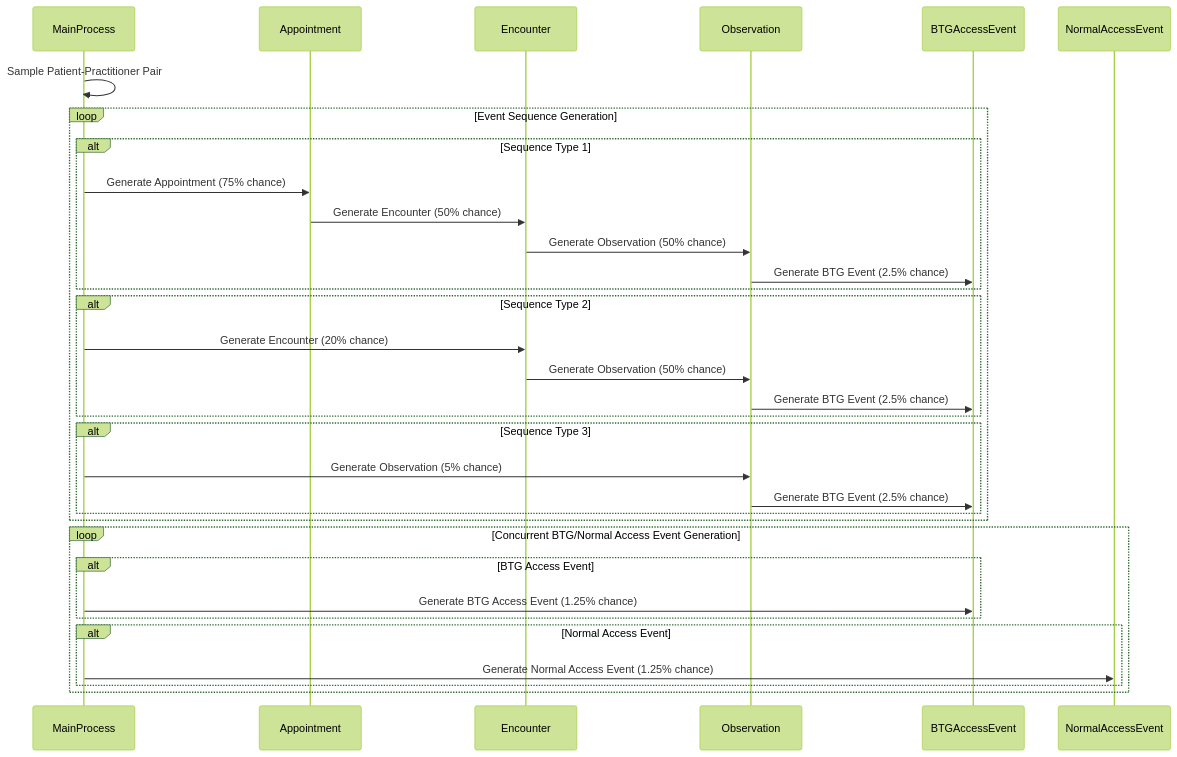
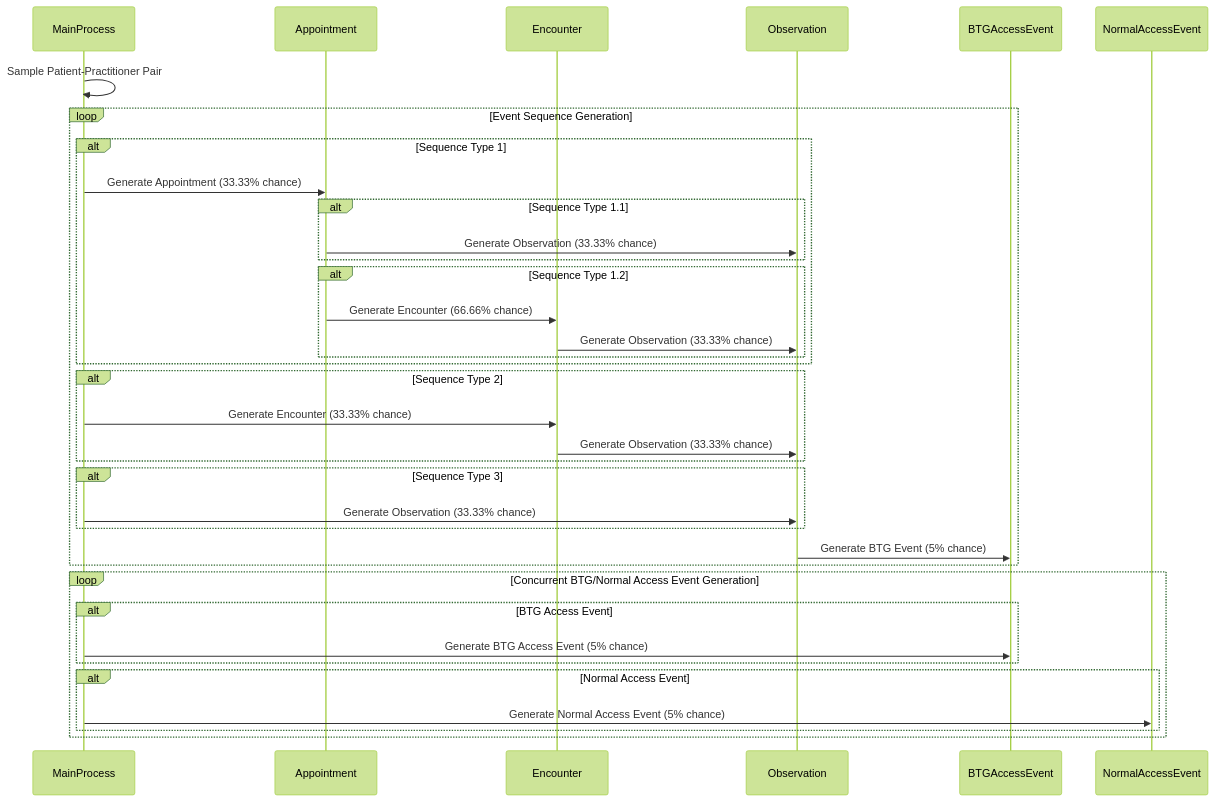
Before and after one commit to NicklasXYZ/hcs-synthetic-data-generator: the diagram in docs/sim.md, drawn with Mermaid (forest theme). The commit also changed other lines of this file and 17 other files, not shown here.

````diff
--- a/docs/sim.md
+++ b/docs/sim.md
@@ -69,41 +69,47 @@
 ```mermaid
 sequenceDiagram
     participant MainProcess
     participant Appointment
     participant Encounter
     participant Observation
     participant BTGAccessEvent
     participant NormalAccessEvent
 
     MainProcess->>MainProcess: Sample Patient-Practitioner Pair
 
     loop Event Sequence Generation
         alt Sequence Type 1
-            MainProcess->>Appointment: Generate Appointment (75% chance)
-            Appointment->>Encounter: Generate Encounter (50% chance)
-            Encounter->>Observation: Generate Observation (50% chance)
-            Observation->>BTGAccessEvent: Generate BTG Event (2.5% chance)
+            MainProcess->>Appointment: Generate Appointment (33.33% chance)
+            alt Sequence Type 1.1
+                Appointment->>Observation: Generate Observation (33.33% chance)
+            end
+
+            alt Sequence Type 1.2
+                Appointment->>Encounter: Generate Encounter (66.66% chance)
+                Encounter->>Observation: Generate Observation (33.33% chance)
+            end
         end
-
+        
         alt Sequence Type 2
-            MainProcess->>Encounter: Generate Encounter (20% chance)
-            Encounter->>Observation: Generate Observation (50% chance)
-            Observation->>BTGAccessEvent: Generate BTG Event (2.5% chance)
+            MainProcess->>Encounter: Generate Encounter (33.33% chance)
+            Encounter->>Observation: Generate Observation (33.33% chance)
         end
 
         alt Sequence Type 3
-            MainProcess->>Observation: Generate Observation (5% chance)
-            Observation->>BTGAccessEvent: Generate BTG Event (2.5% chance)
+            MainProcess->>Observation: Generate Observation (33.33% chance)
         end
+
+        Observation->>BTGAccessEvent: Generate BTG Event (5% chance)
+        
     end
 
     loop Concurrent BTG/Normal Access Event Generation
         alt BTG Access Event
-            MainProcess->>BTGAccessEvent: Generate BTG Access Event (1.25% chance)
+            MainProcess->>BTGAccessEvent: Generate BTG Access Event (5% chance)
         end
 
         alt Normal Access Event
-            MainProcess->>NormalAccessEvent: Generate Normal Access Event (1.25% chance)
+            MainProcess->>NormalAccessEvent: Generate Normal Access Event (5% chance)
         end
     end
 ```
````
